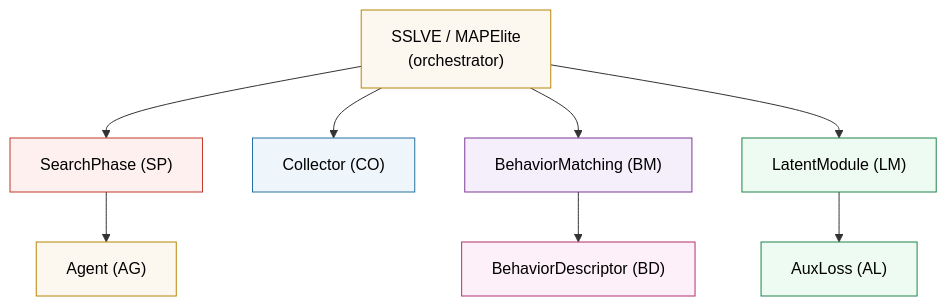
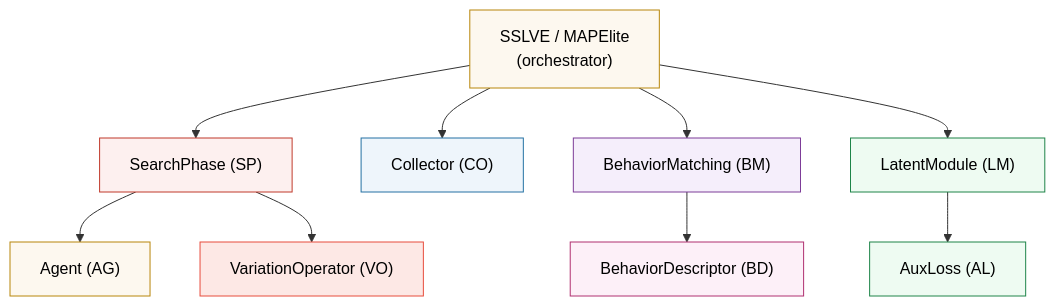
The third of 3 diagrams in README.md (yugoguy/org), drawn with Mermaid before and after one commit. The commit also changed other lines of this file, not shown here.

````diff
--- a/README.md
+++ b/README.md
@@ -122,21 +132,23 @@
 ```mermaid
 flowchart TD
     ORCH["SSLVE / MAPElite\n(orchestrator)"]
     ORCH --> SP["SearchPhase (SP)"]
     ORCH --> CO["Collector (CO)"]
     ORCH --> BM["BehaviorMatching (BM)"]
     ORCH --> LM["LatentModule (LM)"]
 
     SP --> AG["Agent (AG)"]
+    SP --> VO["VariationOperator (VO)"]
     BM --> BD["BehaviorDescriptor (BD)"]
     LM --> AL["AuxLoss (AL)"]
 
     style ORCH fill:#fdf8ef,stroke:#b8860b,color:#000
     style SP fill:#fdf0ef,stroke:#c0392b,color:#000
     style CO fill:#eef5fb,stroke:#2471a3,color:#000
     style BM fill:#f5eefb,stroke:#7d3c98,color:#000
     style LM fill:#eefbf2,stroke:#1e8449,color:#000
     style AG fill:#fdf8ef,stroke:#b8860b,color:#000
+    style VO fill:#fde8e5,stroke:#e74c3c,color:#000
     style BD fill:#fdf0f8,stroke:#b03070,color:#000
     style AL fill:#eefbf2,stroke:#1e8449,color:#000
 ```
````
